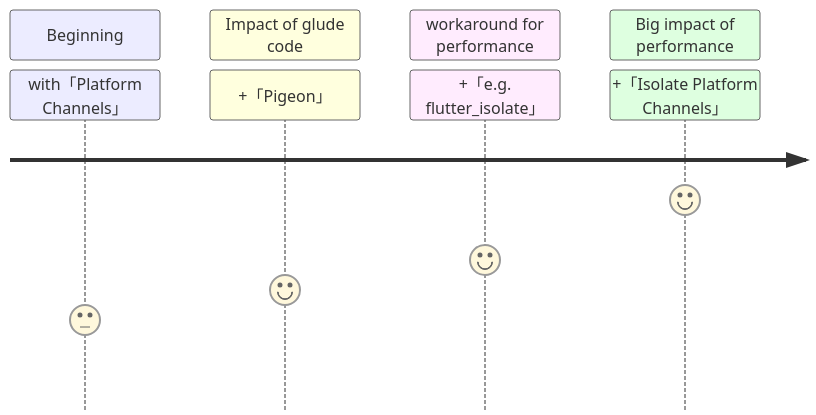
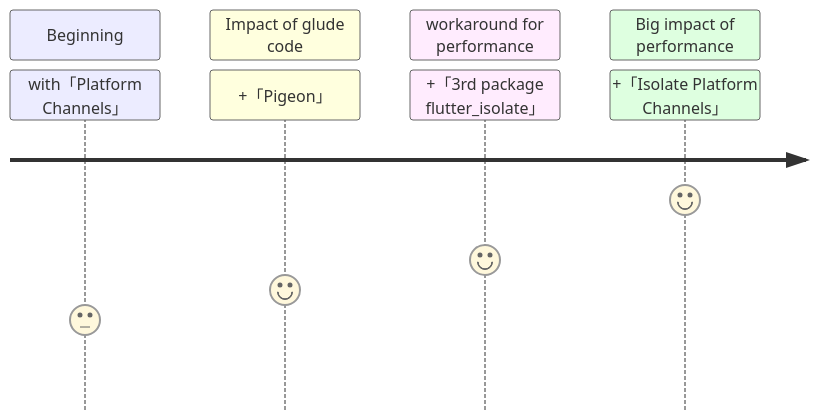
One commit to sensuikan1973/flutter_expensive_native_embedding_journey changed the diagram in slide/pages/journey_platform-specific_APIs.md. Above: the diagram before and after it, drawn with Mermaid.

````diff
--- a/slide/pages/journey_platform-specific_APIs.md
+++ b/slide/pages/journey_platform-specific_APIs.md
@@ -31,11 +31,11 @@
 ```mermaid {scale: 0.6}
 journey
     section Beginning
         with「Platform Channels」: 3
     section Impact of glude code
         +「Pigeon」: 4
     section workaround for performance
-        +「e.g. flutter_isolate」 : 5
+        +「3rd package flutter_isolate」 : 5
     section Big impact of performance
         +「Isolate Platform Channels」 : 7
 ```
````
